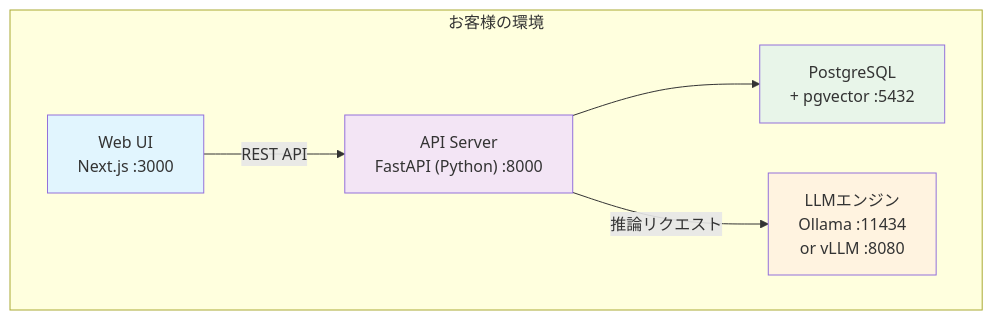
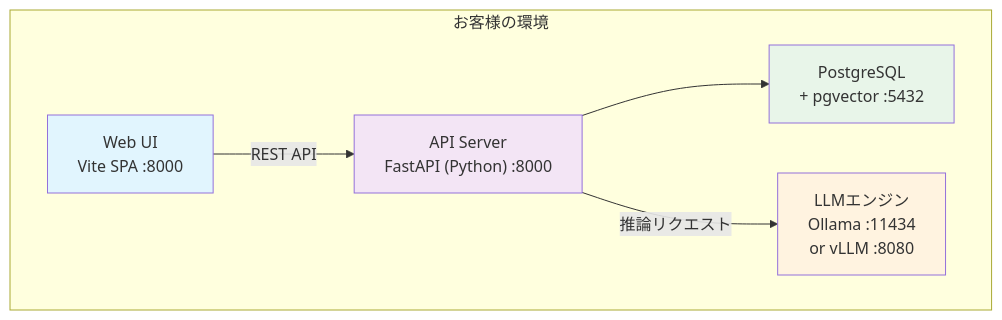
Before and after one commit to lmlight-app/dist_vite: the diagram in docs/src/10_製品概要.md, drawn with Mermaid. The commit also changed other lines of this file and 20 other files, not shown here.

````diff
--- a/docs/src/10_製品概要.md
+++ b/docs/src/10_製品概要.md
@@ -160,18 +159,18 @@
 ```mermaid
 graph TB
     subgraph "お客様の環境"
-        WebUI["Web UI<br/>Next.js :3000"]
+        WebUI["Web UI<br/>Vite SPA :8000"]
         API["API Server<br/>FastAPI (Python) :8000"]
         DB["PostgreSQL<br/>+ pgvector :5432"]
         LLM["LLMエンジン<br/>Ollama :11434<br/>or vLLM :8080"]
 
         WebUI -->|REST API| API
         API --> DB
         API -->|推論リクエスト| LLM
     end
 
     style WebUI fill:#e1f5fe
     style API fill:#f3e5f5
     style DB fill:#e8f5e9
     style LLM fill:#fff3e0
 ```
````
